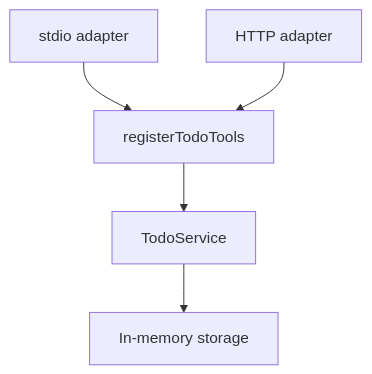
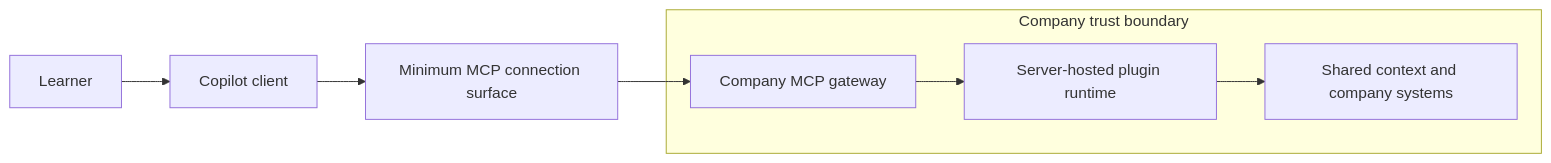
One commit to diberry/copilot-mcp-local-remote-lab changed the second of 3 diagrams in docs/architecture.md. Above: the diagram before and after it, drawn with Mermaid. The commit also changed other lines of this file and 10 other files, not shown here.

First line of the commit message:
docs: plan plugin behind company MCP

````diff
--- a/docs/architecture.md
+++ b/docs/architecture.md
@@ -28,7 +34,13 @@
 ```mermaid
-flowchart TB
-  S[stdio adapter] --> F[registerTodoTools]
-  H[HTTP adapter] --> F
-  F --> D[TodoService]
-  D --> M[In-memory storage]
+flowchart LR
+  U[Learner] --> C[Copilot client]
+  C --> T[Minimum MCP connection surface]
+  T --> G[Company MCP gateway]
+  G --> P[Server-hosted plugin runtime]
+  P --> S[Shared context and company systems]
+  subgraph Company[Company trust boundary]
+    G
+    P
+    S
+  end
 ```
````
